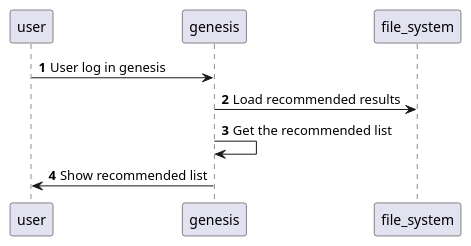
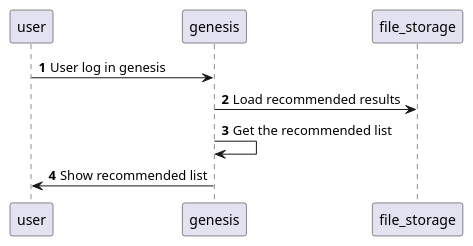
Before and after one commit to 873696121/MovieRecommendation: the diagram in result.puml, drawn with PlantUML. The commit also changed 1 other file, not shown here.

```diff
--- a/result.puml
+++ b/result.puml
@@ -1,11 +1,11 @@
 @startuml
 autonumber
 participant user
 participant genesis
-participant file_system
+participant file_storage
 
 user -> genesis: User log in genesis
-genesis -> file_system: Load recommended results
+genesis -> file_storage: Load recommended results
 genesis -> genesis: Get the recommended list
 genesis -> user: Show recommended list
 @enduml
```
